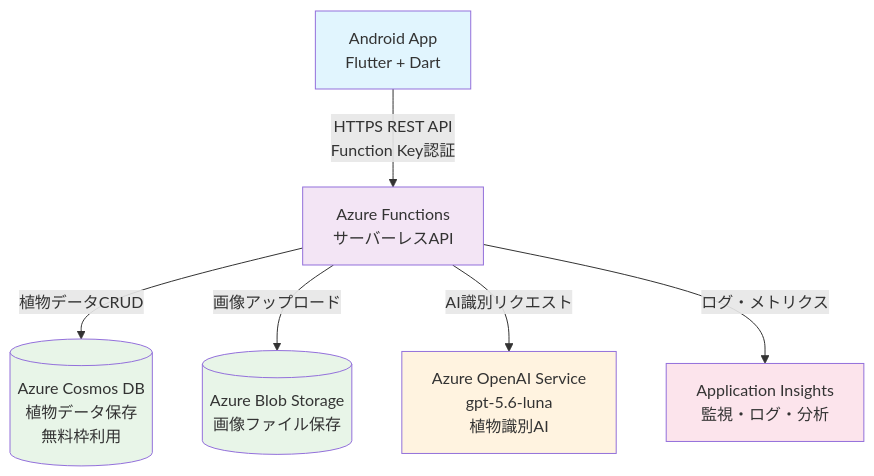
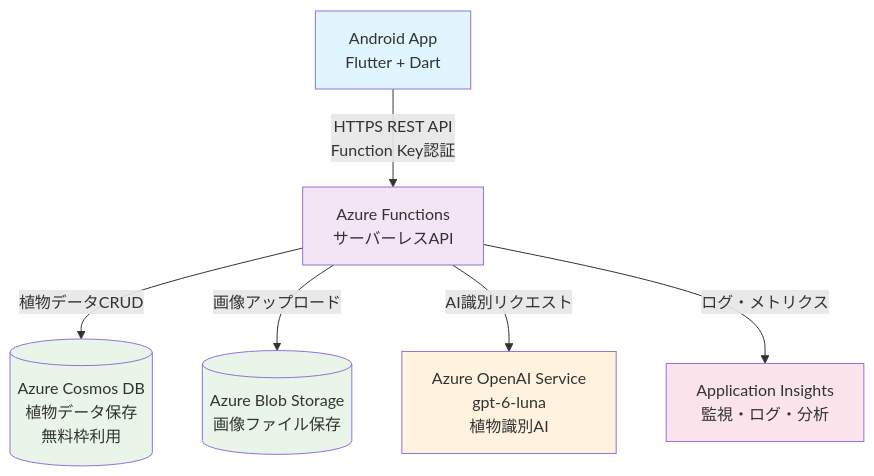
The diagram in docs/05_technology_selection.md (nmasashi/snaplant), drawn with Mermaid before and after one commit. The commit also changed other lines of this file and 9 other files, not shown here.

First line of the commit message:
Azure OpenAI のデプロイを gpt-5.6-luna から gpt-6-luna に替える

````diff
--- a/docs/05_technology_selection.md
+++ b/docs/05_technology_selection.md
@@ -9,40 +9,40 @@
 ```mermaid
 graph TB
     %% Frontend
     App[Android App<br/>Flutter + Dart]
     
     %% Backend Services
     Functions[Azure Functions<br/>サーバーレスAPI]
     
     %% Data Storage
     CosmosDB[(Azure Cosmos DB<br/>植物データ保存<br/>無料枠利用)]
     BlobStorage[(Azure Blob Storage<br/>画像ファイル保存)]
     
     %% AI Services
-    OpenAIVision[Azure OpenAI Service<br/>gpt-5.6-luna<br/>植物識別AI]
+    OpenAIVision[Azure OpenAI Service<br/>gpt-6-luna<br/>植物識別AI]
     
     %% Monitoring
     AppInsights[Application Insights<br/>監視・ログ・分析]
     
     %% Connections
     App -->|HTTPS REST API<br/>Function Key認証| Functions
     
     Functions -->|植物データCRUD| CosmosDB
     Functions -->|画像アップロード| BlobStorage
     Functions -->|AI識別リクエスト| OpenAIVision
     
     Functions -->|ログ・メトリクス| AppInsights
     
     %% Styling
     classDef frontend fill:#e1f5fe
     classDef backend fill:#f3e5f5
     classDef storage fill:#e8f5e8
     classDef ai fill:#fff3e0
     classDef monitoring fill:#fce4ec
     
     class App frontend
     class Functions backend
     class CosmosDB,BlobStorage storage
     class OpenAIVision ai
     class AppInsights monitoring
 ```
````
